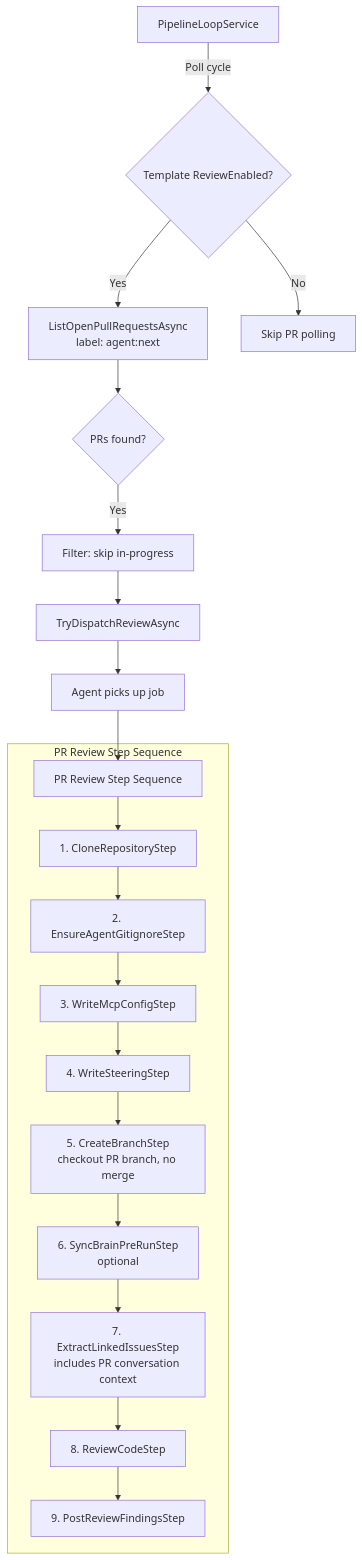
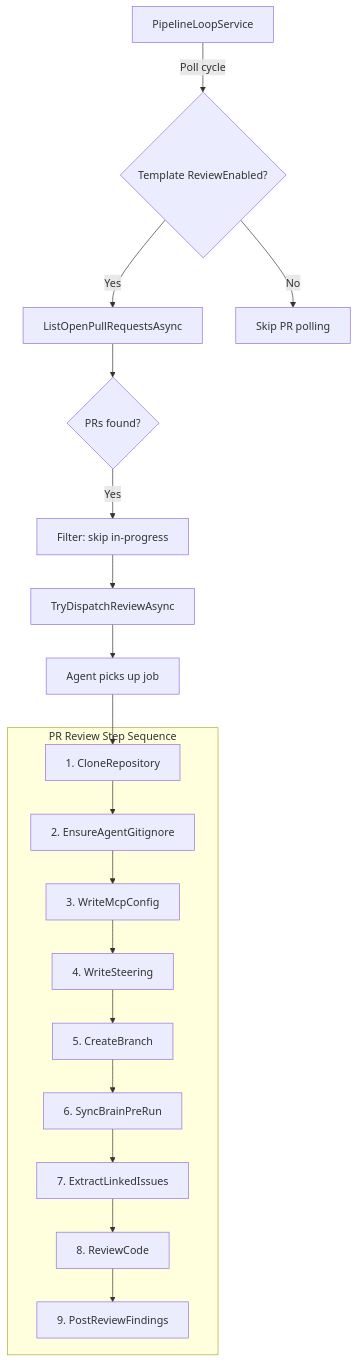
The fifth of 9 diagrams in docs/pipeline-orchestration.md (Chemsorly/coding-agent-automation), drawn with Mermaid before and after one commit. The commit also changed other lines of this file and 12 other files, not shown here.

````diff
--- a/docs/pipeline-orchestration.md
+++ b/docs/pipeline-orchestration.md
@@ -210,23 +210,25 @@
 ```mermaid
 flowchart TD
     A[PipelineLoopService] -->|Poll cycle| B{Template ReviewEnabled?}
-    B -->|Yes| C[ListOpenPullRequestsAsync<br/>label: agent:next]
+    B -->|Yes| C[ListOpenPullRequestsAsync]
     B -->|No| D[Skip PR polling]
     C --> E{PRs found?}
     E -->|Yes| F[Filter: skip in-progress]
     F --> G[TryDispatchReviewAsync]
     G --> H[Agent picks up job]
-    H --> I[PR Review Step Sequence]
-    
-    subgraph "PR Review Step Sequence"
-        I --> S1[1. CloneRepositoryStep]
-        S1 --> S1b[2. EnsureAgentGitignoreStep]
-        S1b --> S1c[3. WriteMcpConfigStep]
-        S1c --> S1d[4. WriteSteeringStep]
-        S1d --> S2[5. CreateBranchStep<br/>checkout PR branch, no merge]
-        S2 --> S3[6. SyncBrainPreRunStep<br/>optional]
-        S3 --> S4[7. ExtractLinkedIssuesStep<br/>includes PR conversation context]
-        S4 --> S5[8. ReviewCodeStep]
-        S5 --> S6[9. PostReviewFindingsStep]
+    H --> S1
+
+    subgraph Steps["PR Review Step Sequence"]
+        S1[1. CloneRepository]
+        S1b[2. EnsureAgentGitignore]
+        S1c[3. WriteMcpConfig]
+        S1d[4. WriteSteering]
+        S2[5. CreateBranch]
+        S3[6. SyncBrainPreRun]
+        S4[7. ExtractLinkedIssues]
+        S5[8. ReviewCode]
+        S6[9. PostReviewFindings]
+
+        S1 --> S1b --> S1c --> S1d --> S2 --> S3 --> S4 --> S5 --> S6
     end
 ```
````
